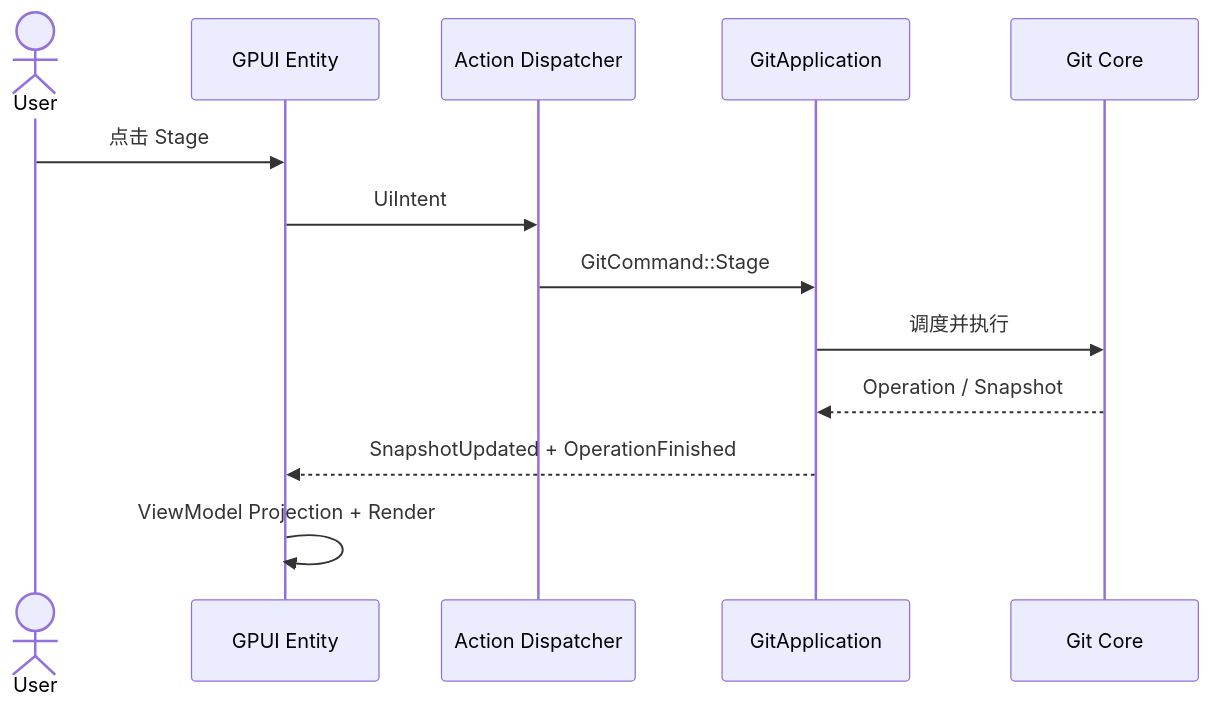
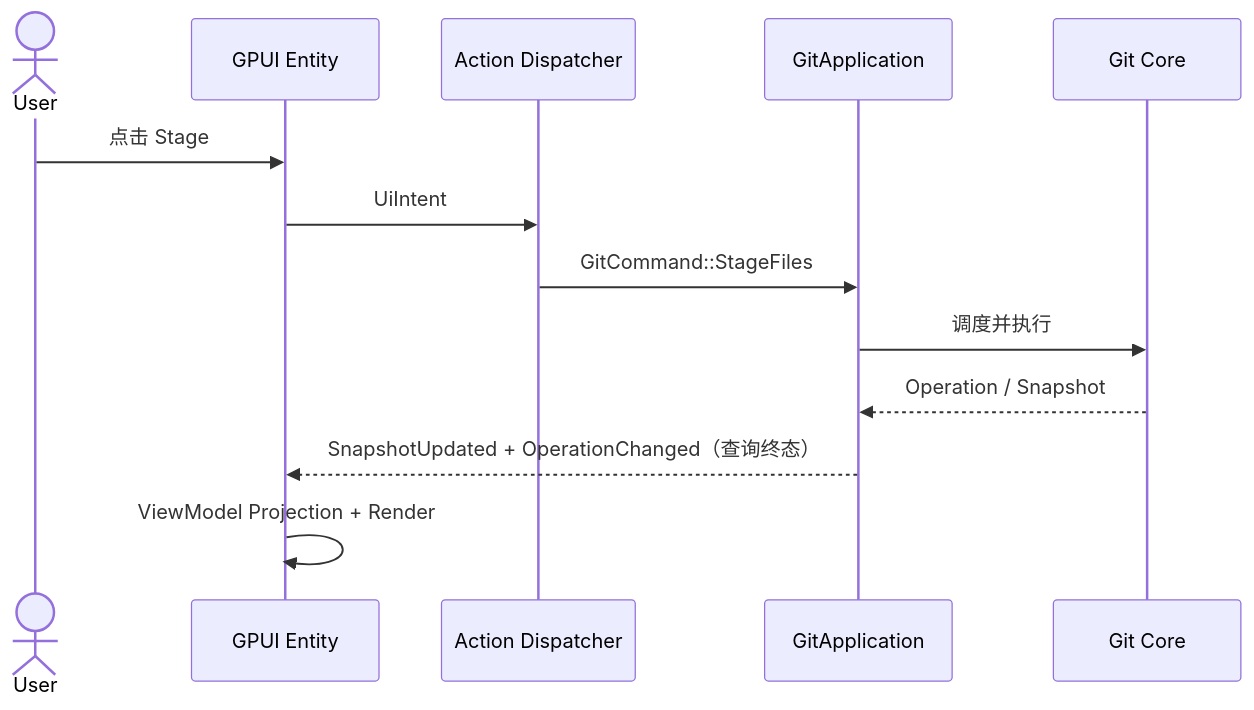
One commit to dengxiujun/IdeaGit changed the second of 3 diagrams in docs/architecture/LLD-UI-001.md. Above: the diagram before and after it, drawn with Mermaid. The commit also changed other lines of this file and 9 other files, not shown here.

````diff
--- a/docs/architecture/LLD-UI-001.md
+++ b/docs/architecture/LLD-UI-001.md
@@ -307,15 +311,15 @@
 ```mermaid
 sequenceDiagram
     actor User
     participant UI as GPUI Entity
     participant Action as Action Dispatcher
     participant App as GitApplication
     participant Core as Git Core
     User->>UI: 点击 Stage
     UI->>Action: UiIntent
-    Action->>App: GitCommand::Stage
+    Action->>App: GitCommand::StageFiles
     App->>Core: 调度并执行
     Core-->>App: Operation / Snapshot
-    App-->>UI: SnapshotUpdated + OperationFinished
+    App-->>UI: SnapshotUpdated + OperationChanged（查询终态）
     UI->>UI: ViewModel Projection + Render
 ```
````
